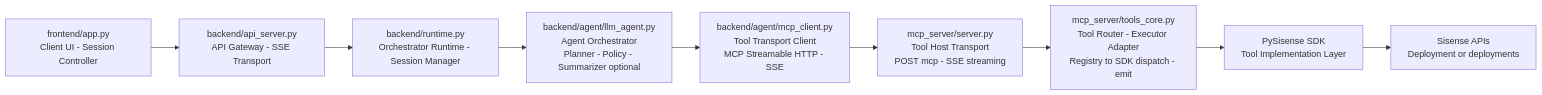
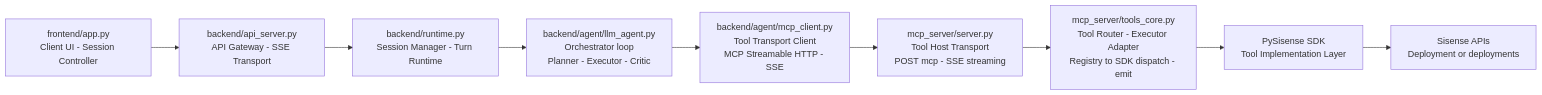
One commit to hnegi01/fes-assistant changed diagram 11 of 11 in Execution_Flow.md. Above: the diagram before and after it, drawn with Mermaid. The commit also changed other lines of this file and 8 other files, not shown here.

First line of the commit message:
refactor: correct terminology — planner (drafts the plan) vs orchestrator (the loop)

````diff
--- a/Execution_Flow.md
+++ b/Execution_Flow.md
@@ -405,11 +405,11 @@
 ```mermaid
 flowchart LR
   A[frontend/app.py<br/>Client UI - Session Controller] --> B[backend/api_server.py<br/>API Gateway - SSE Transport]
-  B --> C[backend/runtime.py<br/>Orchestrator Runtime - Session Manager]
-  C --> D[backend/agent/llm_agent.py<br/>Agent Orchestrator<br/>Planner - Policy - Summarizer optional]
+  B --> C[backend/runtime.py<br/>Session Manager - Turn Runtime]
+  C --> D[backend/agent/llm_agent.py<br/>Orchestrator loop<br/>Planner - Executor - Critic]
   D --> E[backend/agent/mcp_client.py<br/>Tool Transport Client<br/>MCP Streamable HTTP - SSE]
   E --> F[mcp_server/server.py<br/>Tool Host Transport<br/>POST mcp - SSE streaming]
   F --> G[mcp_server/tools_core.py<br/>Tool Router - Executor Adapter<br/>Registry to SDK dispatch - emit]
   G --> H[PySisense SDK<br/>Tool Implementation Layer]
   H --> I[Sisense APIs<br/>Deployment or deployments]
 ```
````
